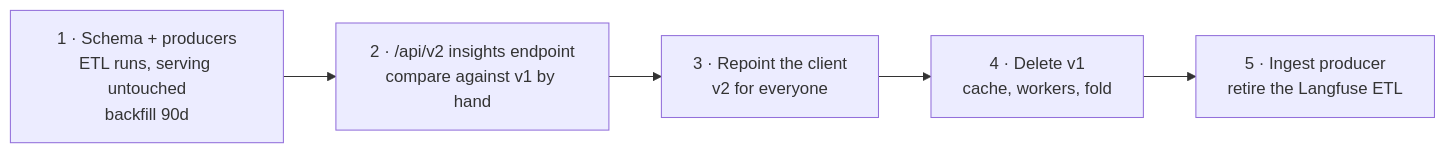
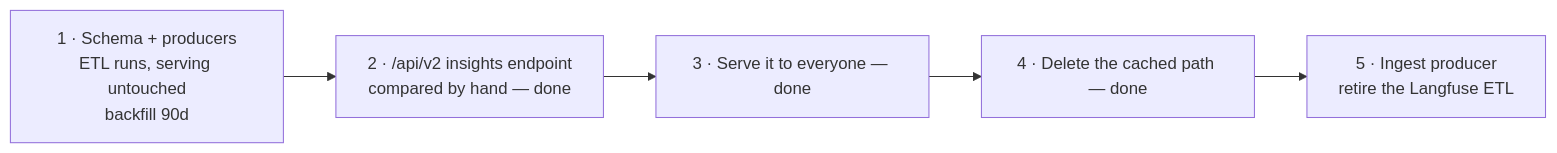
The fourth of 4 diagrams in docs/01-spec/insights-rollup-spec.md (astropods/astro-cli), drawn with Mermaid before and after one commit. The commit also changed other lines of this file and 46 other files, not shown here.

First line of the commit message:
feat(insights): serve the page from stored daily usage (#2012)

````diff
--- a/docs/01-spec/insights-rollup-spec.md
+++ b/docs/01-spec/insights-rollup-spec.md
@@ -340,9 +341,9 @@
 ```mermaid
 flowchart LR
   P1["1 · Schema + producers<br/>ETL runs, serving untouched<br/>backfill 90d"]
-  P2["2 · /api/v2 insights endpoint<br/>compare against v1 by hand"]
-  P3["3 · Repoint the client<br/>v2 for everyone"]
-  P4["4 · Delete v1<br/>cache, workers, fold"]
+  P2["2 · /api/v2 insights endpoint<br/>compared by hand — done"]
+  P3["3 · Serve it to everyone — done"]
+  P4["4 · Delete the cached path — done"]
   P5["5 · Ingest producer<br/>retire the Langfuse ETL"]
   P1 --> P2 --> P3 --> P4 --> P5
 ```
````
